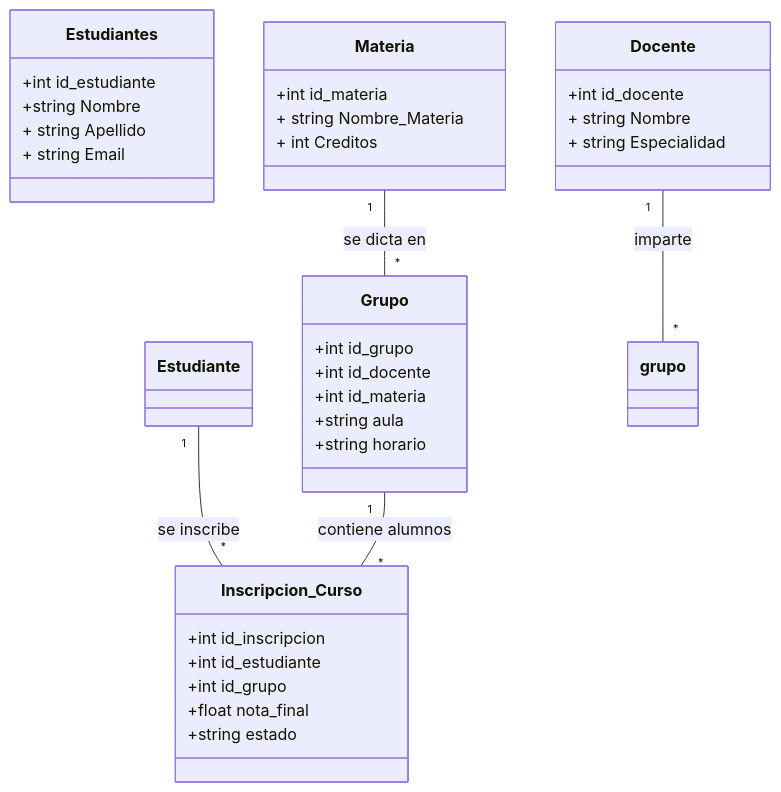
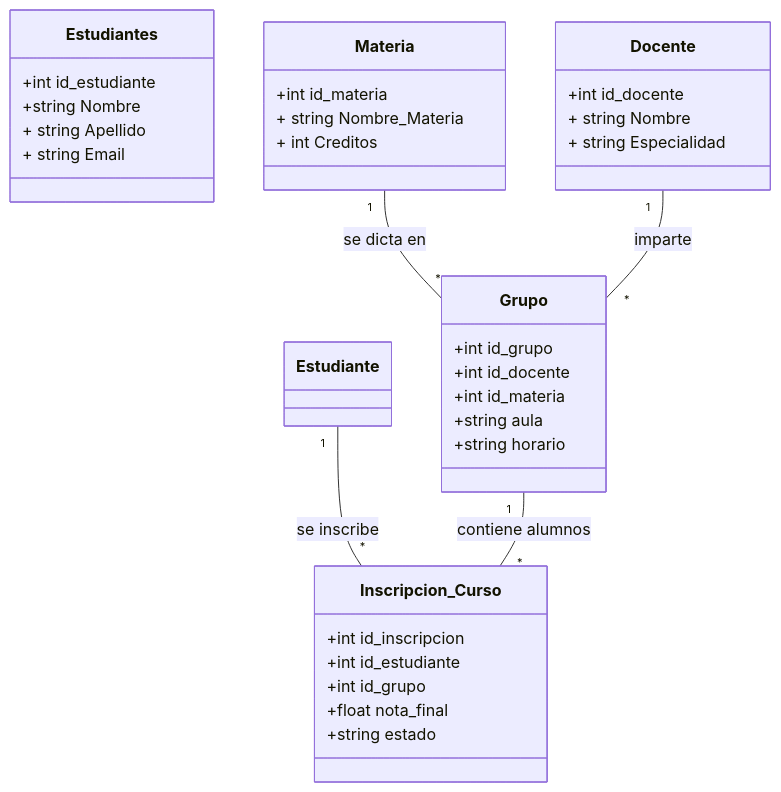
The diagram in README.md (kevibalant-afk/Practica-mvc), drawn with Mermaid before and after one commit. The commit also changed other lines of this file, not shown here.

Commit message:
volviendo a actualizar

````diff
--- a/README.md
+++ b/README.md
@@ -2,48 +2,48 @@
 ```mermaid
 classDiagram 
 
 class Estudiantes {
     
     +int id_estudiante
     +string Nombre
     + string Apellido
     + string Email
 }
 
 class Docente {
 
     +int  id_docente
     + string Nombre
     + string Especialidad
 }
 
 class Materia {
     
     +int id_materia
     + string Nombre_Materia
     + int Creditos
 
 }
 class Grupo {
     
     +int id_grupo
     +int id_docente
     +int id_materia
     +string aula
     +string horario
 }
 
 class Inscripcion_Curso {
 
     +int id_inscripcion
     +int id_estudiante
     +int id_grupo
     +float nota_final
     +string estado
 }
 
 Estudiante "1" -- "*" Inscripcion_Curso : se inscribe
-Grupo "1" -- "*" Inscripcion_Curso : contiene alumnos
-Materia "1" -- "*" Grupo : se dicta en
-Docente "1" -- "*" grupo : imparte
+    Grupo "1" -- "*" Inscripcion_Curso : contiene alumnos
+    Materia "1" -- "*" Grupo : se dicta en
+    Docente "1" -- "*" Grupo : imparte
 ```
````
